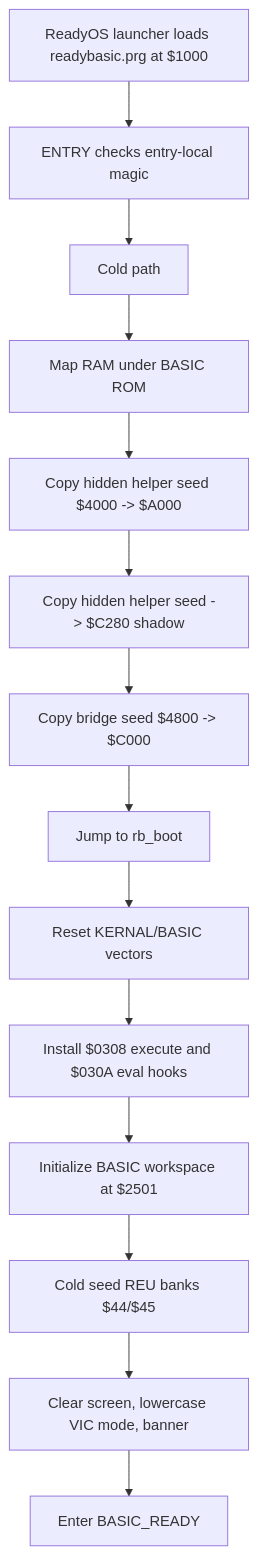
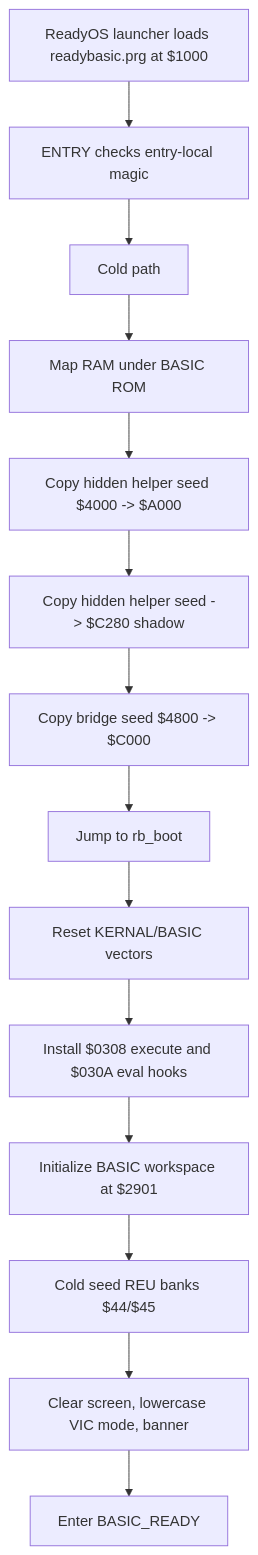
Before and after one commit to 123Onetwothree123/6502: the fourth of 8 diagrams in src/apps/readybasic/READYBASIC_LIFECYCLE_AND_REU_ARCHITECTURE.md, drawn with Mermaid. The commit also changed other lines of this file and 16 other files, not shown here.

````diff
--- a/src/apps/readybasic/READYBASIC_LIFECYCLE_AND_REU_ARCHITECTURE.md
+++ b/src/apps/readybasic/READYBASIC_LIFECYCLE_AND_REU_ARCHITECTURE.md
@@ -304,19 +303,19 @@
 ```mermaid
 flowchart TD
   L["ReadyOS launcher loads readybasic.prg at $1000"]
   E["ENTRY checks entry-local magic"]
   C["Cold path"]
   H1["Map RAM under BASIC ROM"]
   H2["Copy hidden helper seed $4000 -> $A000"]
   H3["Copy hidden helper seed -> $C280 shadow"]
   B1["Copy bridge seed $4800 -> $C000"]
   RB["Jump to rb_boot"]
   V["Reset KERNAL/BASIC vectors"]
   I["Install $0308 execute and $030A eval hooks"]
-  W["Initialize BASIC workspace at $2501"]
+  W["Initialize BASIC workspace at $2901"]
   S["Cold seed REU banks $44/$45"]
   P["Clear screen, lowercase VIC mode, banner"]
   R["Enter BASIC_READY"]
 
   L --> E --> C --> H1 --> H2 --> H3 --> B1 --> RB --> V --> I --> W --> S --> P --> R
 ```
````
